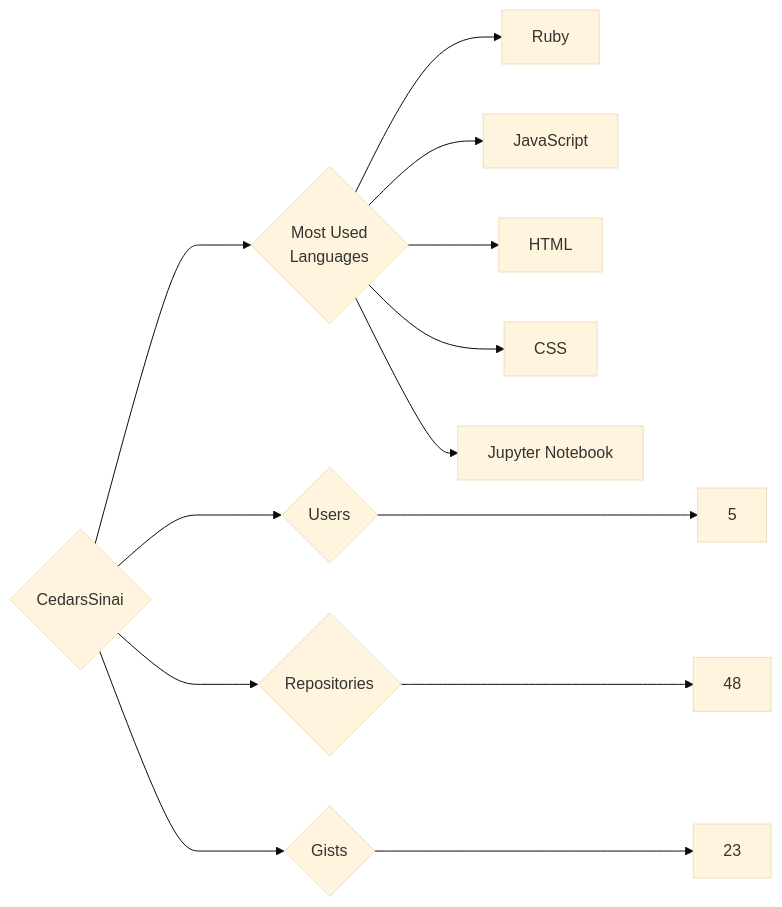
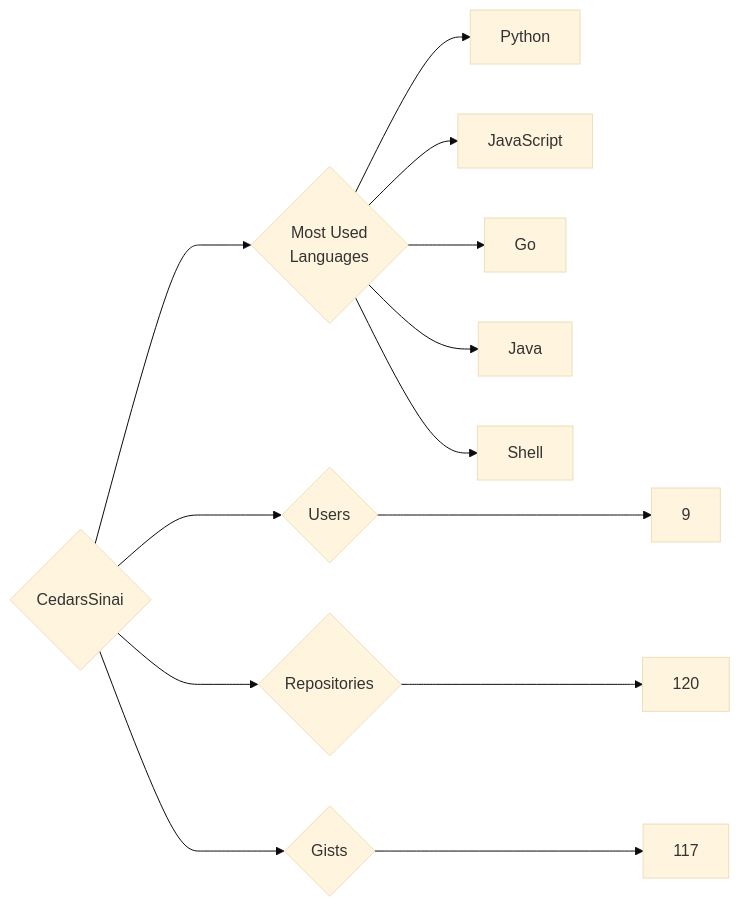
Before and after one commit to trickest/insiders: the diagram in targets/CedarsSinai/README.md, drawn with Mermaid (base theme). The commit also changed 1212 other files, not shown here.

````diff
--- a/targets/CedarsSinai/README.md
+++ b/targets/CedarsSinai/README.md
@@ -3,13 +3,13 @@
 ```mermaid
 graph LR
 COMPANY_NAME{CedarsSinai}
-COMPANY_NAME ---> U{Users} ---> UN[5]
-COMPANY_NAME ---> R{Repositories} ---> RN[48]
-COMPANY_NAME ---> G{Gists} ---> GN[23]
+COMPANY_NAME ---> U{Users} ---> UN[9]
+COMPANY_NAME ---> R{Repositories} ---> RN[120]
+COMPANY_NAME ---> G{Gists} ---> GN[117]
 COMPANY_NAME ---> ML{Most Used<br>Languages}
-ML --> Ruby[Ruby]
+ML --> Python[Python]
 ML --> JavaScript[JavaScript]
-ML --> HTML[HTML]
-ML --> CSS[CSS]
-ML --> Jupyter_Notebook[Jupyter Notebook]
+ML --> Go[Go]
+ML --> Java[Java]
+ML --> Shell[Shell]
 ```
````
